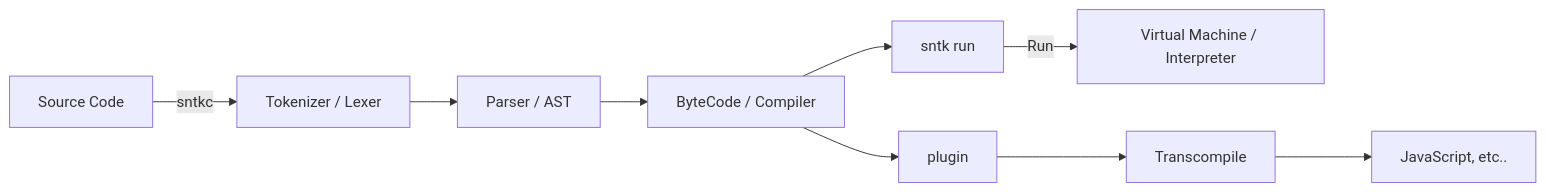
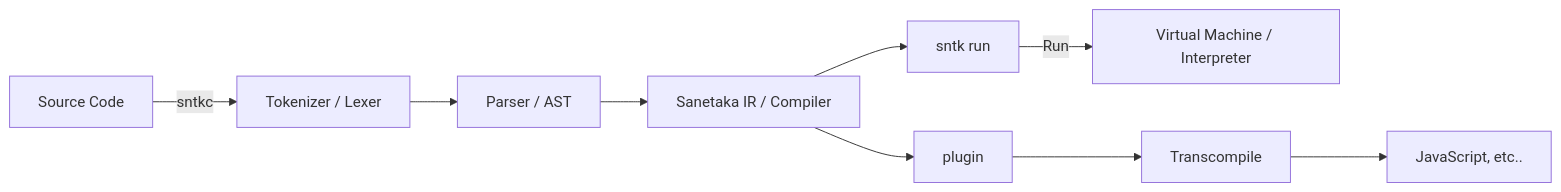
One commit to siglang/signature changed the diagram in README.md. Above: the diagram before and after it, drawn with Mermaid. The commit also changed other lines of this file, not shown here.

````diff
--- a/README.md
+++ b/README.md
@@ -50,11 +50,11 @@
 ```mermaid
 graph LR
     _[Source Code] --> |sntkc| Lexer
     Lexer[Tokenizer / Lexer] --> Parser[Parser / AST]
-    Parser --> Compiler[ByteCode / Compiler]
+    Parser --> Compiler[Sanetaka IR / Compiler]
     Compiler --> Run[sntk run]
     Run --> |Run| VM[Virtual Machine / Interpreter]
     Compiler --> Plugin[plugin]
     Plugin --> Transcompile[Transcompile]
     Transcompile --> TResult[JavaScript, etc..]
 ```
````
